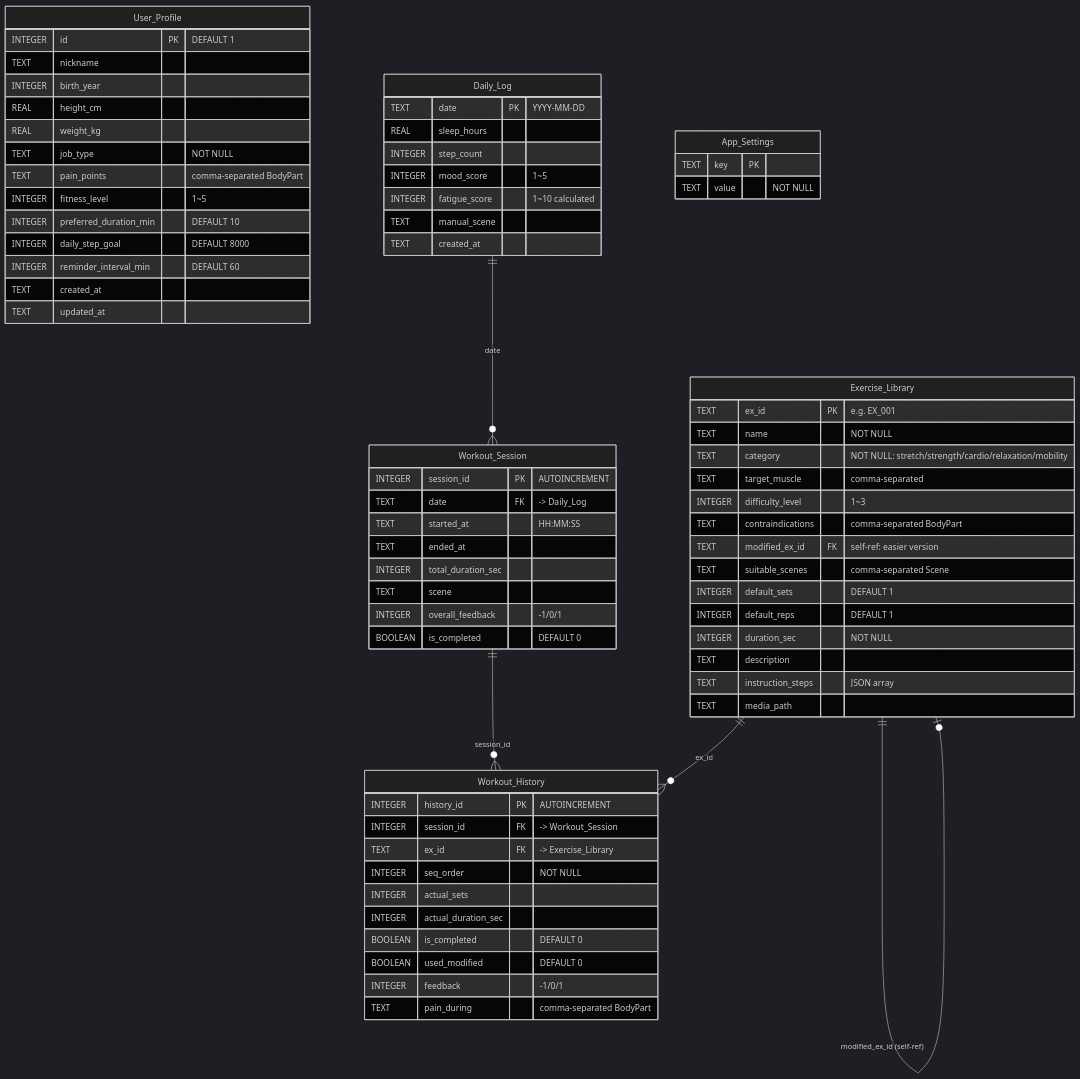
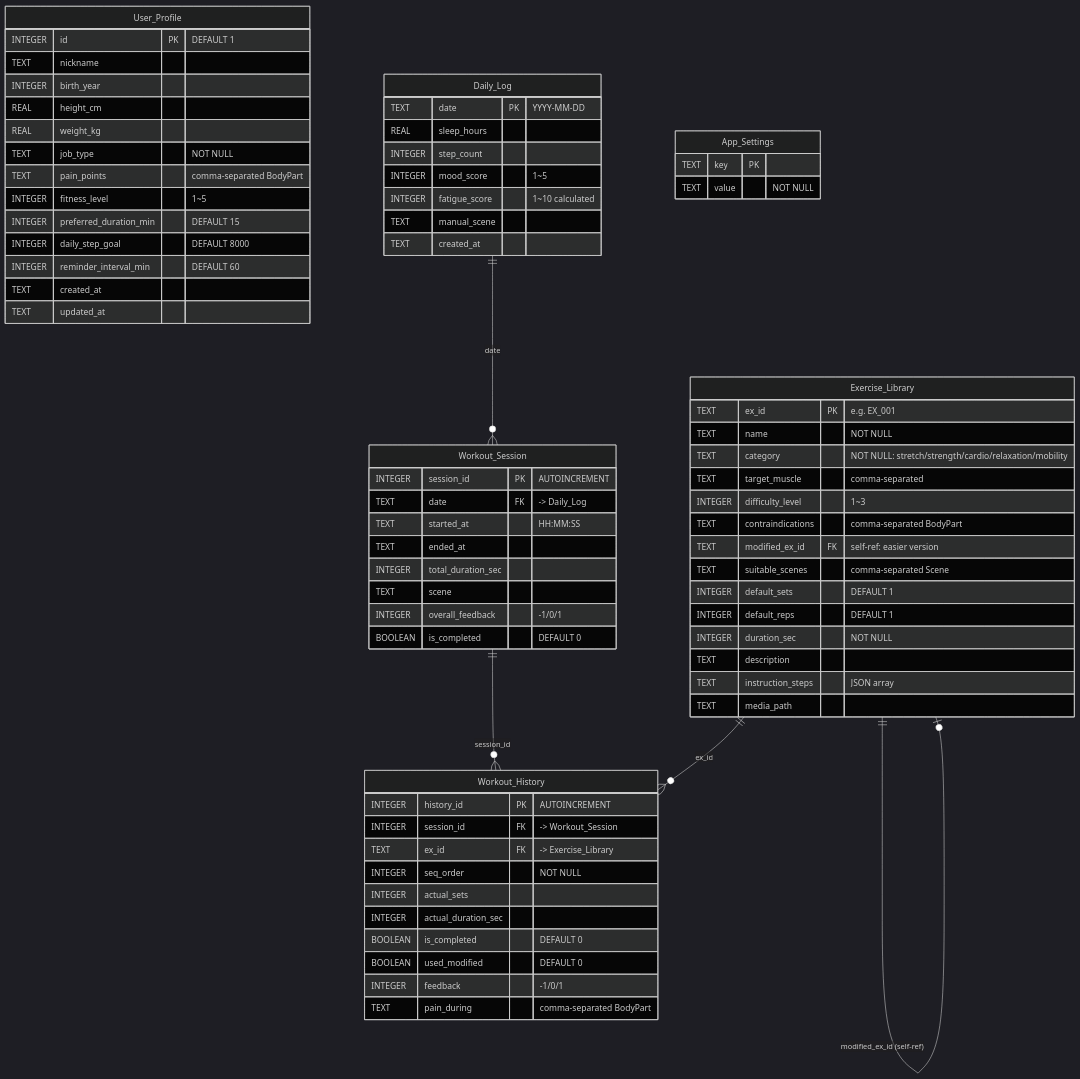
The diagram in README.md (Rulinye/Linkup_db_temp), drawn with Mermaid (dark theme) before and after one commit. The commit also changed other lines of this file and 4 other files, not shown here.

````diff
--- a/README.md
+++ b/README.md
@@ -125,80 +125,80 @@
 ```mermaid
 erDiagram
     User_Profile {
         INTEGER id PK "DEFAULT 1"
         TEXT nickname
         INTEGER birth_year
         REAL height_cm
         REAL weight_kg
         TEXT job_type "NOT NULL"
         TEXT pain_points "comma-separated BodyPart"
         INTEGER fitness_level "1~5"
-        INTEGER preferred_duration_min "DEFAULT 10"
+        INTEGER preferred_duration_min "DEFAULT 15"
         INTEGER daily_step_goal "DEFAULT 8000"
         INTEGER reminder_interval_min "DEFAULT 60"
         TEXT created_at
         TEXT updated_at
     }
 
     Exercise_Library {
         TEXT ex_id PK "e.g. EX_001"
         TEXT name "NOT NULL"
         TEXT category "NOT NULL: stretch/strength/cardio/relaxation/mobility"
         TEXT target_muscle "comma-separated"
         INTEGER difficulty_level "1~3"
         TEXT contraindications "comma-separated BodyPart"
         TEXT modified_ex_id FK "self-ref: easier version"
         TEXT suitable_scenes "comma-separated Scene"
         INTEGER default_sets "DEFAULT 1"
         INTEGER default_reps "DEFAULT 1"
         INTEGER duration_sec "NOT NULL"
         TEXT description
         TEXT instruction_steps "JSON array"
         TEXT media_path
     }
 
     Daily_Log {
         TEXT date PK "YYYY-MM-DD"
         REAL sleep_hours
         INTEGER step_count
         INTEGER mood_score "1~5"
         INTEGER fatigue_score "1~10 calculated"
         TEXT manual_scene
         TEXT created_at
     }
 
     Workout_Session {
         INTEGER session_id PK "AUTOINCREMENT"
         TEXT date FK "-> Daily_Log"
         TEXT started_at "HH:MM:SS"
         TEXT ended_at
         INTEGER total_duration_sec
         TEXT scene
         INTEGER overall_feedback "-1/0/1"
         BOOLEAN is_completed "DEFAULT 0"
     }
 
     Workout_History {
         INTEGER history_id PK "AUTOINCREMENT"
         INTEGER session_id FK "-> Workout_Session"
         TEXT ex_id FK "-> Exercise_Library"
         INTEGER seq_order "NOT NULL"
         INTEGER actual_sets
         INTEGER actual_duration_sec
         BOOLEAN is_completed "DEFAULT 0"
         BOOLEAN used_modified "DEFAULT 0"
         INTEGER feedback "-1/0/1"
         TEXT pain_during "comma-separated BodyPart"
     }
 
     App_Settings {
         TEXT key PK
         TEXT value "NOT NULL"
     }
 
     Exercise_Library ||--o| Exercise_Library : "modified_ex_id (self-ref)"
     Daily_Log ||--o{ Workout_Session : "date"
     Workout_Session ||--o{ Workout_History : "session_id"
     Exercise_Library ||--o{ Workout_History : "ex_id"
 
 ```
````
